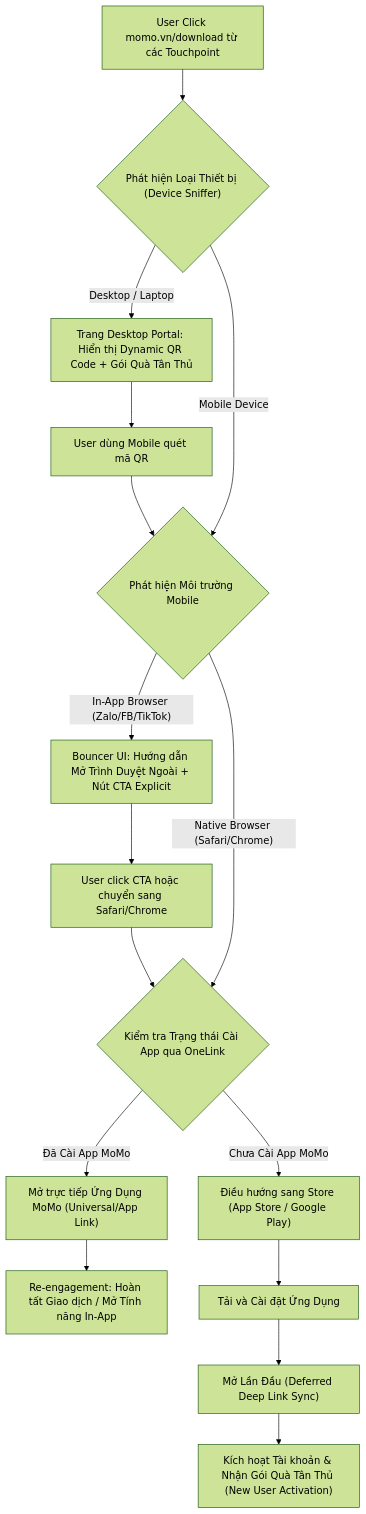
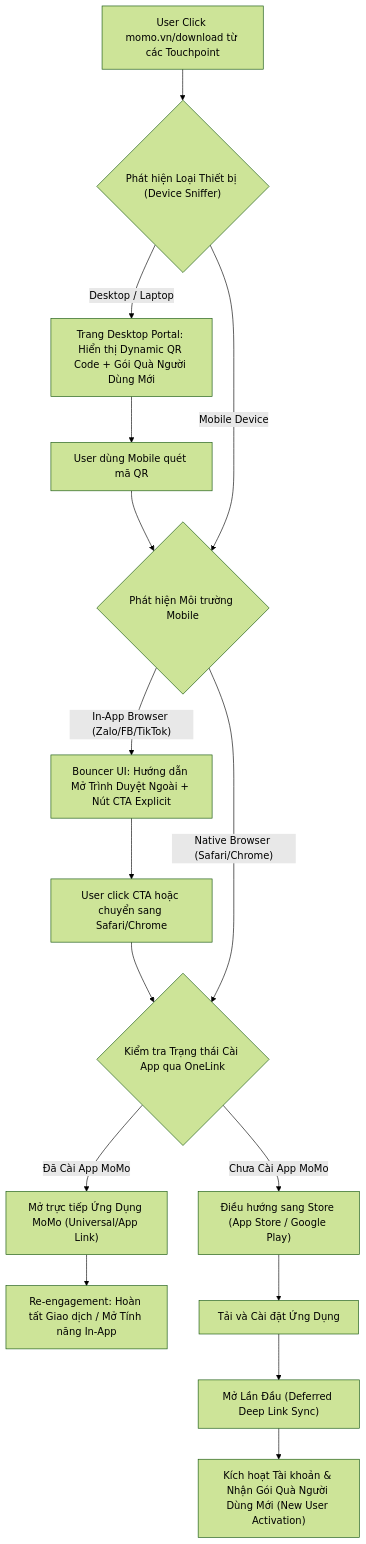
One commit to vanhien26/hienho-knowledgebase changed the diagram in 09_PRD/download-momo-brd.md. Above: the diagram before and after it, drawn with Mermaid (forest theme). The commit also changed other lines of this file and 11 other files, not shown here.

````diff
--- a/09_PRD/download-momo-brd.md
+++ b/09_PRD/download-momo-brd.md
@@ -162,24 +162,24 @@
 ```mermaid
 graph TD
     A["User Click momo.vn/download từ các Touchpoint"] --> B{"Phát hiện Loại Thiết bị (Device Sniffer)"}
     
-    B -- "Desktop / Laptop" --> C["Trang Desktop Portal: Hiển thị Dynamic QR Code + Gói Quà Tân Thủ"]
+    B -- "Desktop / Laptop" --> C["Trang Desktop Portal: Hiển thị Dynamic QR Code + Gói Quà Người Dùng Mới"]
     C --> C1["User dùng Mobile quét mã QR"]
     C1 --> D{"Phát hiện Môi trường Mobile"}
     
     B -- "Mobile Device" --> D
     
     D -- "In-App Browser (Zalo/FB/TikTok)" --> E["Bouncer UI: Hướng dẫn Mở Trình Duyệt Ngoài + Nút CTA Explicit"]
     E --> F["User click CTA hoặc chuyển sang Safari/Chrome"]
     F --> G{"Kiểm tra Trạng thái Cài App qua OneLink"}
     
     D -- "Native Browser (Safari/Chrome)" --> G
     
     G -- "Đã Cài App MoMo" --> H["Mở trực tiếp Ứng Dụng MoMo (Universal/App Link)"]
     H --> H1["Re-engagement: Hoàn tất Giao dịch / Mở Tính năng In-App"]
     
     G -- "Chưa Cài App MoMo" --> I["Điều hướng sang Store (App Store / Google Play)"]
     I --> J["Tải và Cài đặt Ứng Dụng"]
     J --> K["Mở Lần Đầu (Deferred Deep Link Sync)"]
-    K --> L["Kích hoạt Tài khoản & Nhận Gói Quà Tân Thủ (New User Activation)"]
+    K --> L["Kích hoạt Tài khoản & Nhận Gói Quà Người Dùng Mới (New User Activation)"]
 ```
````
